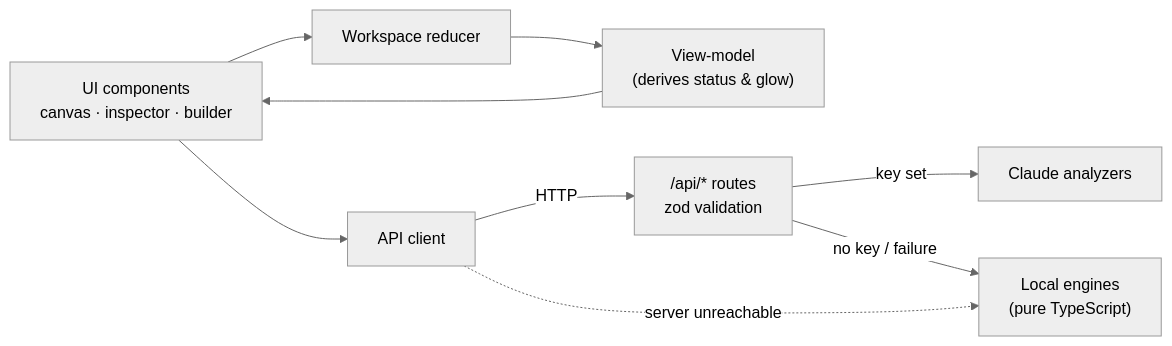
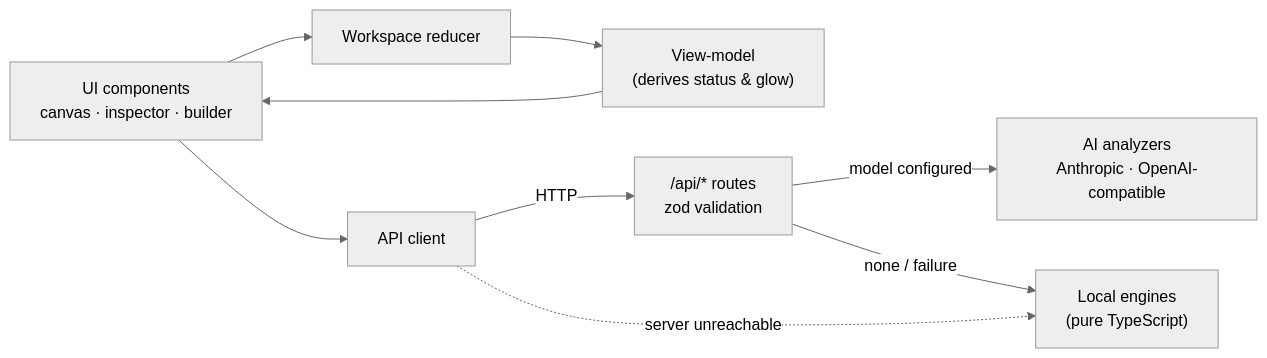
The diagram in README.md (imhussain001/codearchitect-ai), drawn with Mermaid (neutral theme) before and after one commit. The commit also changed other lines of this file and 4 other files, not shown here.

````diff
--- a/README.md
+++ b/README.md
@@ -63,10 +88,10 @@
 ```mermaid
 flowchart LR
   UI["UI components<br/>canvas · inspector · builder"] --> Store["Workspace reducer"]
   Store --> VM["View-model<br/>(derives status & glow)"] --> UI
   UI --> Client["API client"]
   Client -- HTTP --> Routes["/api/* routes<br/>zod validation"]
-  Routes -->|key set| Claude["Claude analyzers"]
-  Routes -->|no key / failure| Engines["Local engines<br/>(pure TypeScript)"]
+  Routes -->|model configured| AI["AI analyzers<br/>Anthropic · OpenAI-compatible"]
+  Routes -->|none / failure| Engines["Local engines<br/>(pure TypeScript)"]
   Client -. server unreachable .-> Engines
 ```
````
